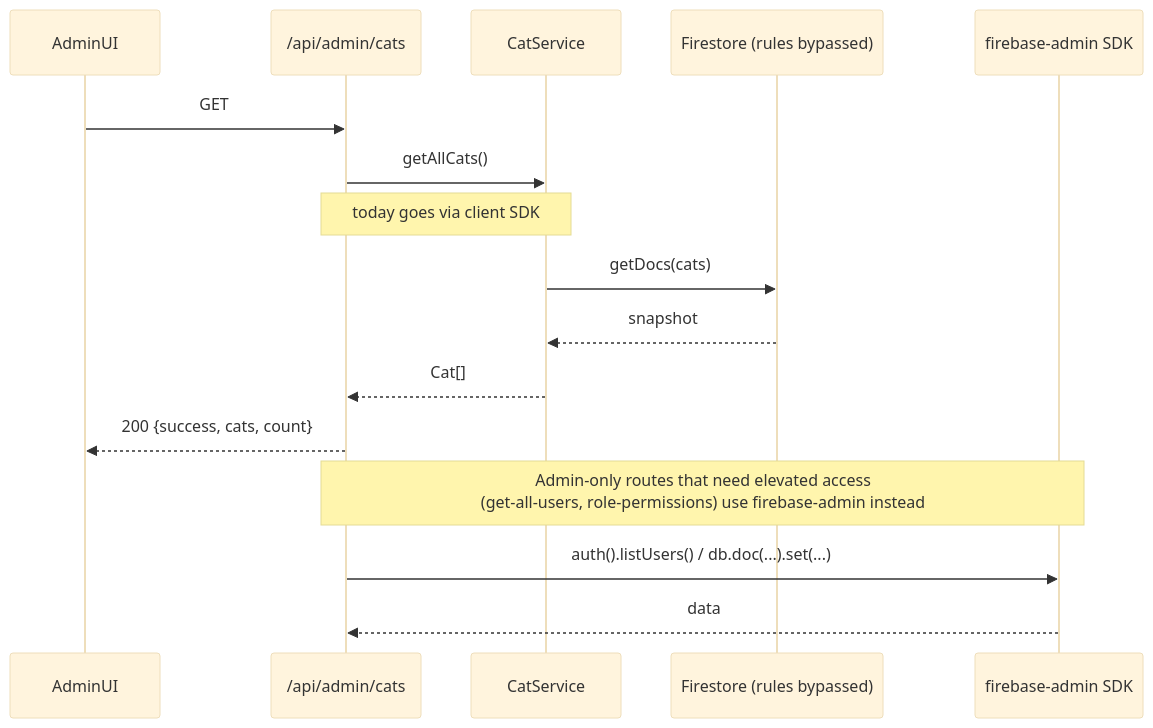
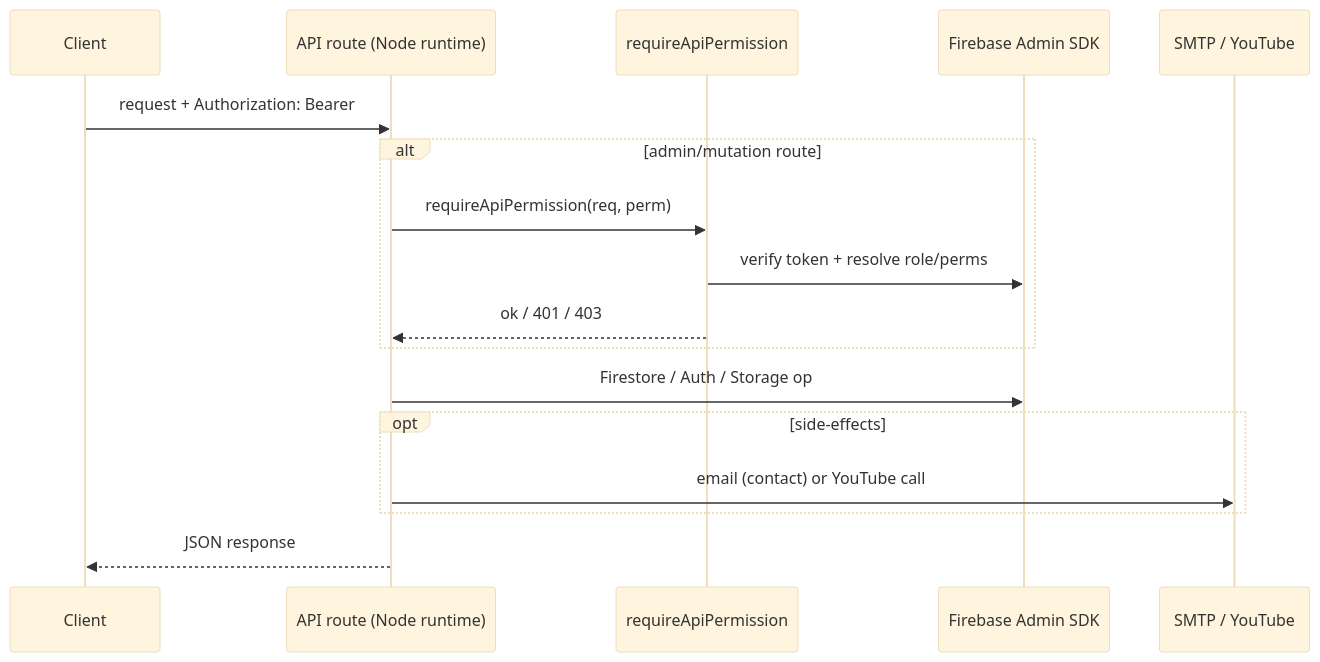
The first of 2 diagrams in docs/codebase/api-routes.md (wwolfyy/mohocat), drawn with Mermaid (base theme) before and after one commit. The commit also changed other lines of this file and 12 other files, not shown here.

````diff
--- a/docs/codebase/api-routes.md
+++ b/docs/codebase/api-routes.md
@@ -71,20 +32,20 @@
 ```mermaid
 sequenceDiagram
-    participant AdminUI
-    participant Route as /api/admin/cats
-    participant CatSvc as CatService
-    participant Firestore as Firestore (rules bypassed)
-    participant FbAdmin as firebase-admin SDK
+    participant Client
+    participant Route as API route (Node runtime)
+    participant Guard as requireApiPermission
+    participant Admin as Firebase Admin SDK
+    participant Ext as SMTP / YouTube
 
-    AdminUI->>Route: GET
-    Route->>CatSvc: getAllCats()
-    Note over Route,CatSvc: today goes via client SDK
-    CatSvc->>Firestore: getDocs(cats)
-    Firestore-->>CatSvc: snapshot
-    CatSvc-->>Route: Cat[]
-    Route-->>AdminUI: 200 {success, cats, count}
-
-    Note over Route,FbAdmin: Admin-only routes that need elevated access<br/>(get-all-users, role-permissions) use firebase-admin instead
-    Route->>FbAdmin: auth().listUsers() / db.doc(...).set(...)
-    FbAdmin-->>Route: data
+    Client->>Route: request + Authorization: Bearer
+    alt admin/mutation route
+        Route->>Guard: requireApiPermission(req, perm)
+        Guard->>Admin: verify token + resolve role/perms
+        Guard-->>Route: ok / 401 / 403
+    end
+    Route->>Admin: Firestore / Auth / Storage op
+    opt side-effects
+        Route->>Ext: email (contact) or YouTube call
+    end
+    Route-->>Client: JSON response
 ```
````
